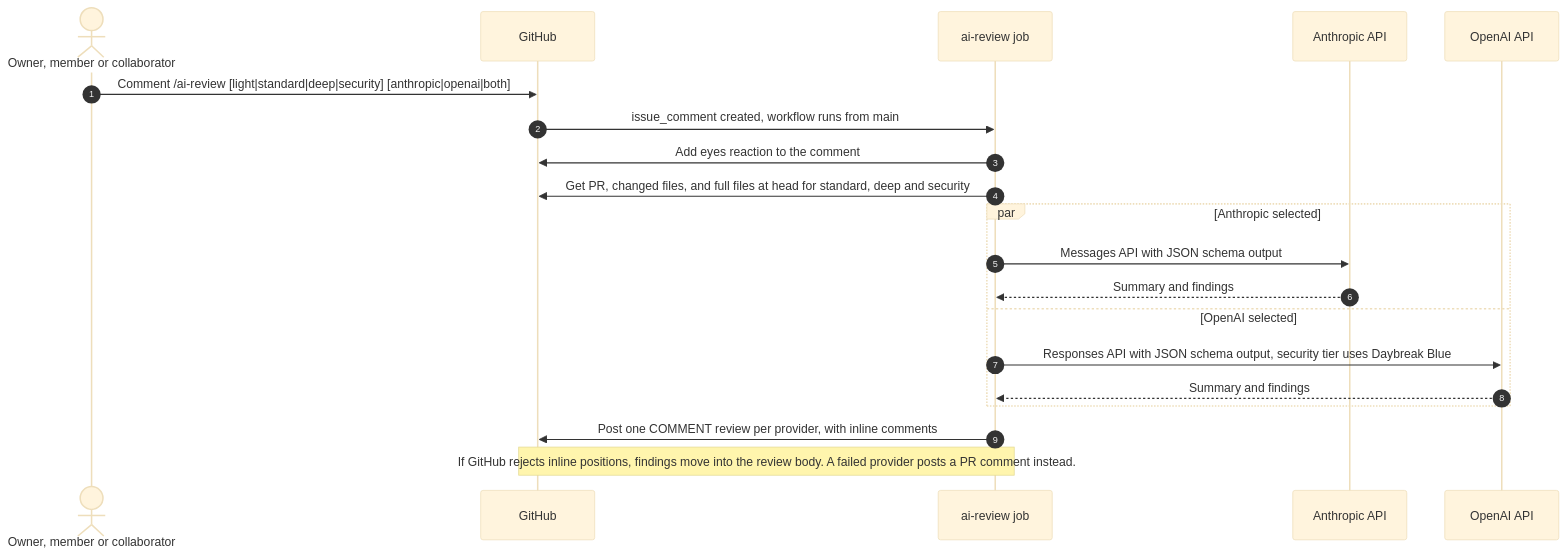
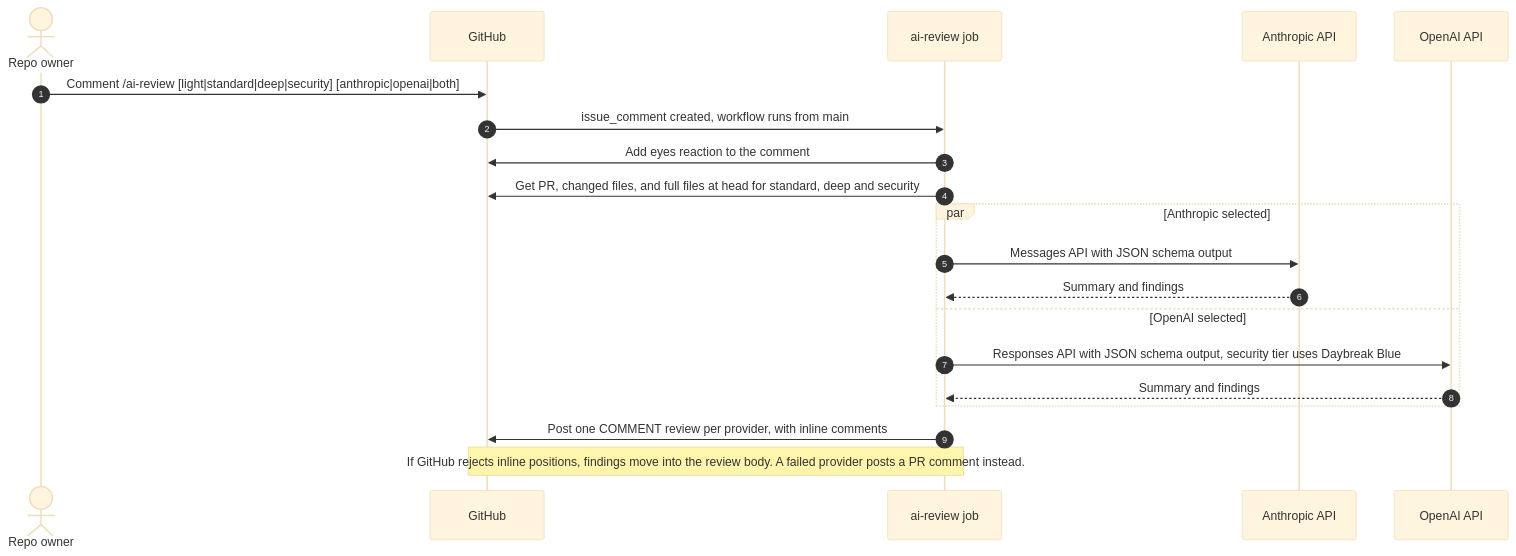
One commit to alexmcdermid/transaction-api changed the fifth of 5 diagrams in docs/architecture.md. Above: the diagram before and after it, drawn with Mermaid (base theme). The commit also changed other lines of this file and 2 other files, not shown here.

Commit message:
fix: let only the repo owner trigger AI reviews

````diff
--- a/docs/architecture.md
+++ b/docs/architecture.md
@@ -238,23 +238,23 @@
 ```mermaid
 sequenceDiagram
     autonumber
-    actor reviewer as Owner, member or collaborator
+    actor reviewer as Repo owner
     participant github as GitHub
     participant job as ai-review job
     participant anthropic as Anthropic API
     participant openai as OpenAI API
 
     reviewer->>github: Comment /ai-review [light|standard|deep|security] [anthropic|openai|both]
     github->>job: issue_comment created, workflow runs from main
     job->>github: Add eyes reaction to the comment
     job->>github: Get PR, changed files, and full files at head for standard, deep and security
     par Anthropic selected
         job->>anthropic: Messages API with JSON schema output
         anthropic-->>job: Summary and findings
     and OpenAI selected
         job->>openai: Responses API with JSON schema output, security tier uses Daybreak Blue
         openai-->>job: Summary and findings
     end
     job->>github: Post one COMMENT review per provider, with inline comments
     Note over job,github: If GitHub rejects inline positions, findings move into the review body. A failed provider posts a PR comment instead.
 ```
````
